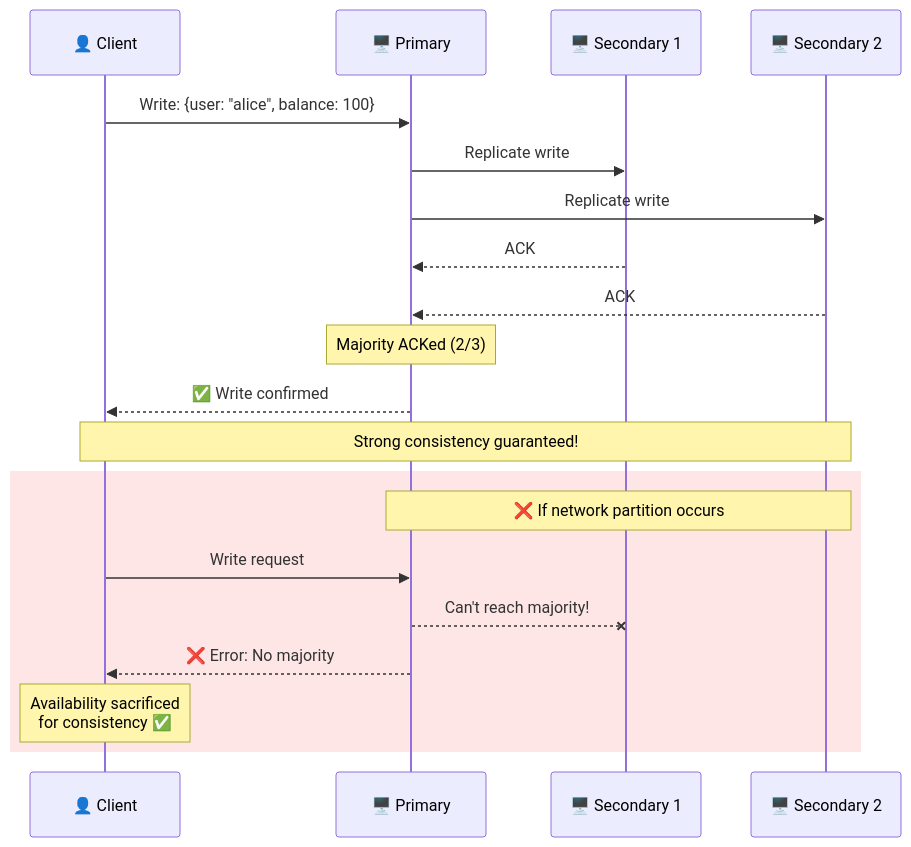
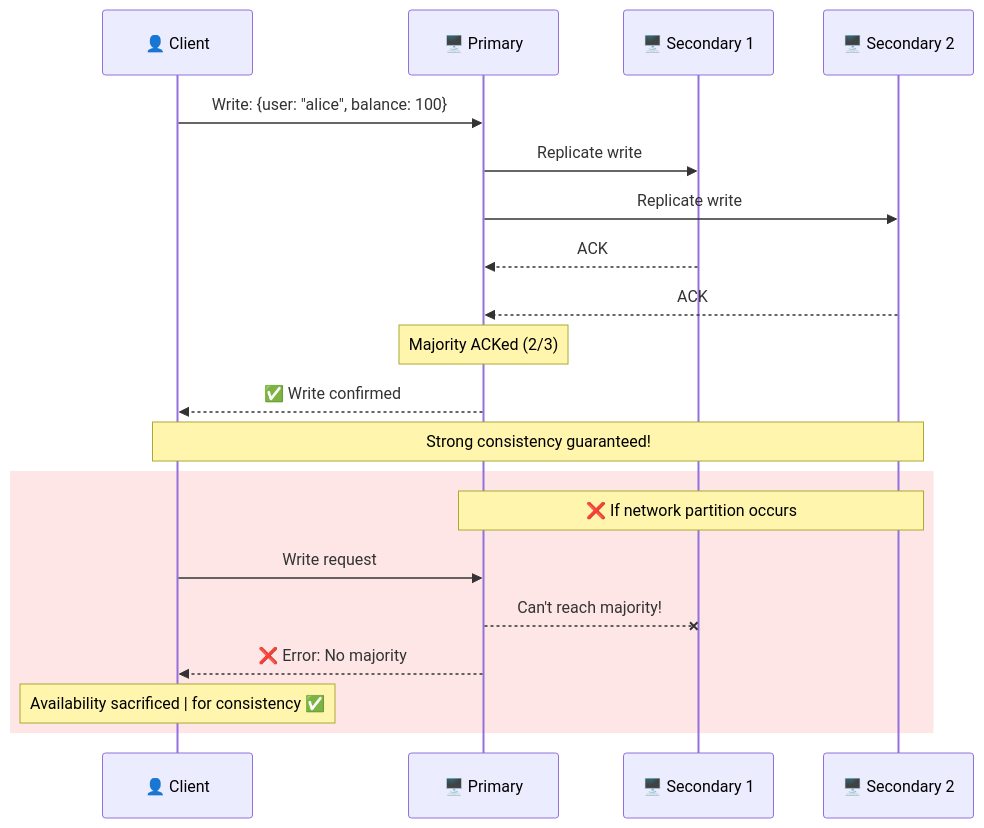
Before and after one commit to p1kmr/for-reading: the tenth of 18 diagrams in HLD/foundation/08_cap-theorem.md, drawn with Mermaid. The commit also changed other lines of this file and 14 other files, not shown here.

Commit message:
Fix Mermaid diagram syntax: Replace <br/> with <br> for GitHub compatibility

````diff
--- a/HLD/foundation/08_cap-theorem.md
+++ b/HLD/foundation/08_cap-theorem.md
@@ -392,29 +392,29 @@
 ```mermaid
 sequenceDiagram
     participant Client as 👤 Client
     participant Primary as 🖥️ Primary
     participant Secondary1 as 🖥️ Secondary 1
     participant Secondary2 as 🖥️ Secondary 2
 
     Client->>Primary: Write: {user: "alice", balance: 100}
 
     Primary->>Secondary1: Replicate write
     Primary->>Secondary2: Replicate write
 
     Secondary1-->>Primary: ACK
     Secondary2-->>Primary: ACK
 
     Note over Primary: Majority ACKed (2/3)
 
     Primary-->>Client: ✅ Write confirmed
 
     Note over Client,Secondary2: Strong consistency guaranteed!
 
     rect rgb(255, 230, 230)
         Note over Primary,Secondary2: ❌ If network partition occurs
         Client->>Primary: Write request
         Primary--xSecondary1: Can't reach majority!
         Primary-->>Client: ❌ Error: No majority
-        Note over Client: Availability sacrificed<br/>for consistency ✅
+        Note over Client: Availability sacrificed | for consistency ✅
     end
 ```
````
